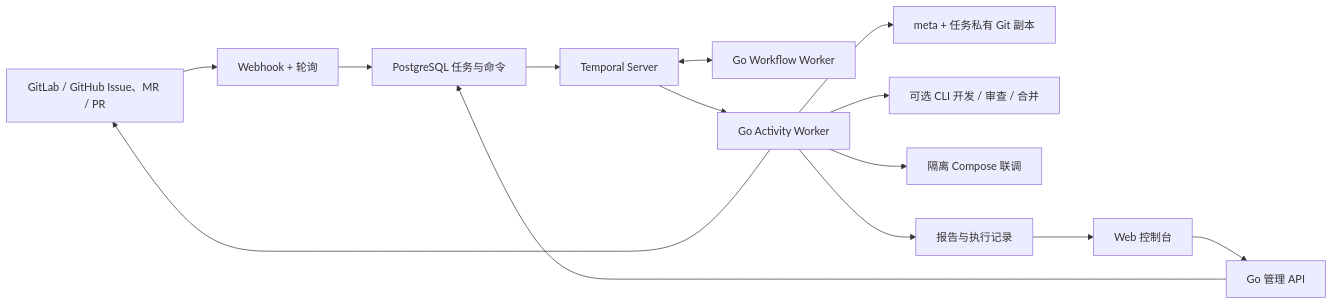
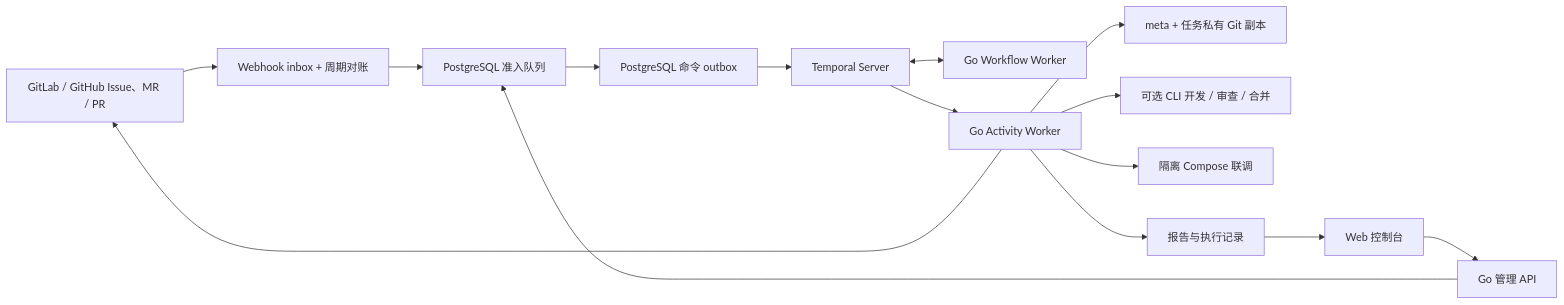
One commit to yyydddkkk/SwarmJet changed the diagram in README.md. Above: the diagram before and after it, drawn with Mermaid. The commit also changed other lines of this file and 41 other files, not shown here.

````diff
--- a/README.md
+++ b/README.md
@@ -7,16 +7,17 @@
 ```mermaid
 flowchart LR
-  Host[GitLab / GitHub Issue、MR / PR] --> Ingress[Webhook + 轮询]
+  Host[GitLab / GitHub Issue、MR / PR] --> Ingress[Webhook inbox + 周期对账]
   Console[Web 控制台] --> API[Go 管理 API]
-  Ingress --> Outbox[PostgreSQL 任务与命令]
-  API --> Outbox
+  Ingress --> Admission[PostgreSQL 准入队列]
+  API --> Admission
+  Admission --> Outbox[PostgreSQL 命令 outbox]
   Outbox --> Temporal[Temporal Server]
   Temporal <--> Workflow[Go Workflow Worker]
   Temporal --> Activity[Go Activity Worker]
   Activity --> Workspace[meta + 任务私有 Git 副本]
   Activity --> Agents[可选 CLI 开发 / 审查 / 合并]
   Activity --> Tests[隔离 Compose 联调]
   Activity --> Host
   Activity --> Reports[报告与执行记录]
   Reports --> Console
 ```
````
